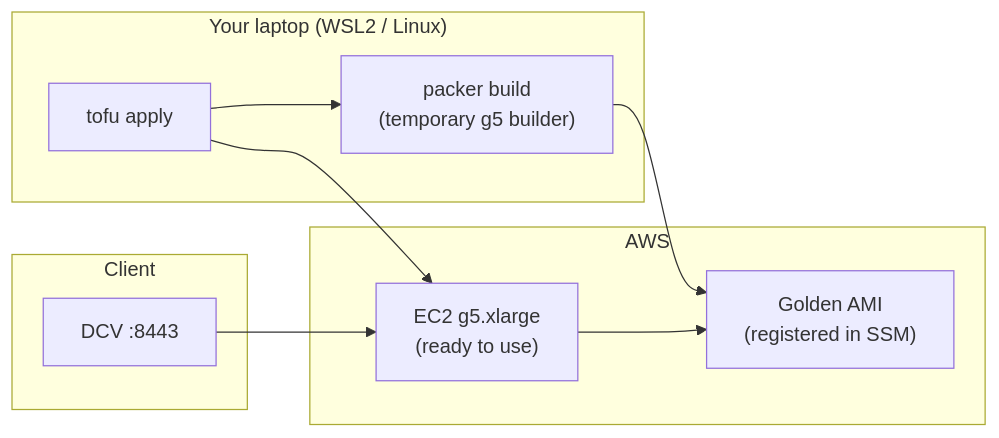
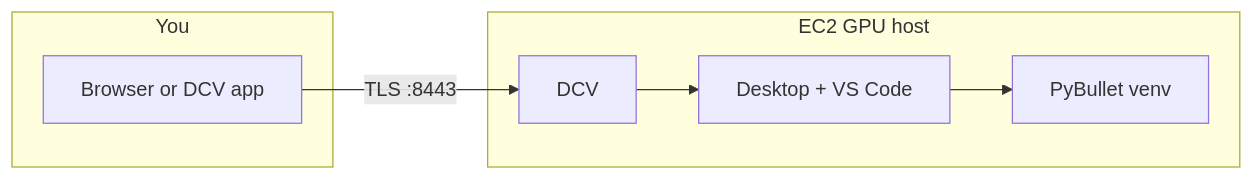
One commit to rubencg195/aws-pybullet-environment changed the second of 2 diagrams in README.md. Above: the diagram before and after it, drawn with Mermaid. The commit also changed other lines of this file and 2 other files, not shown here.

First line of the commit message:
Rewrite README for clarity; move deep roadmap content; document scripts

````diff
--- a/README.md
+++ b/README.md
@@ -85,19 +64,14 @@
 ```mermaid
 flowchart LR
-  subgraph dev["Your laptop (WSL2 / Linux)"]
-    TOFU["tofu apply"]
-    PKR["packer build\n(temporary g5 builder)"]
+  subgraph client["You"]
+    B["Browser or DCV app"]
   end
-  subgraph aws["AWS"]
-    AMI["Golden AMI\n(registered in SSM)"]
-    EC2["EC2 g5.xlarge\n(ready to use)"]
+  subgraph host["EC2 GPU host"]
+    DCV["DCV"]
+    DK["Desktop + VS Code"]
+    PB["PyBullet venv"]
   end
-  subgraph client["Client"]
-    DCVC["DCV :8443"]
-  end
-  TOFU --> PKR
-  PKR --> AMI
-  TOFU --> EC2
-  EC2 --> AMI
-  DCVC --> EC2
+  B -->|"TLS :8443"| DCV
+  DCV --> DK
+  DK --> PB
 ```
````
